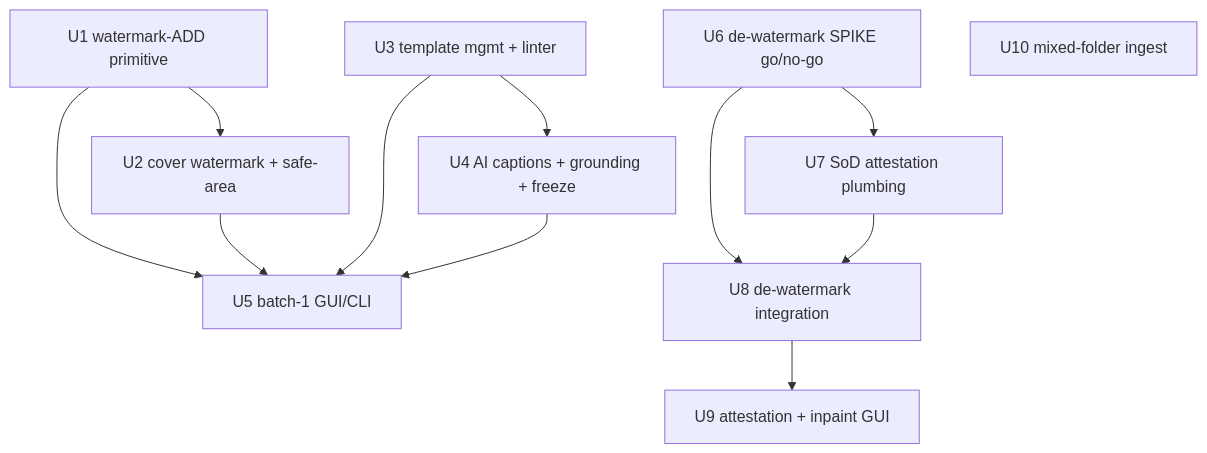
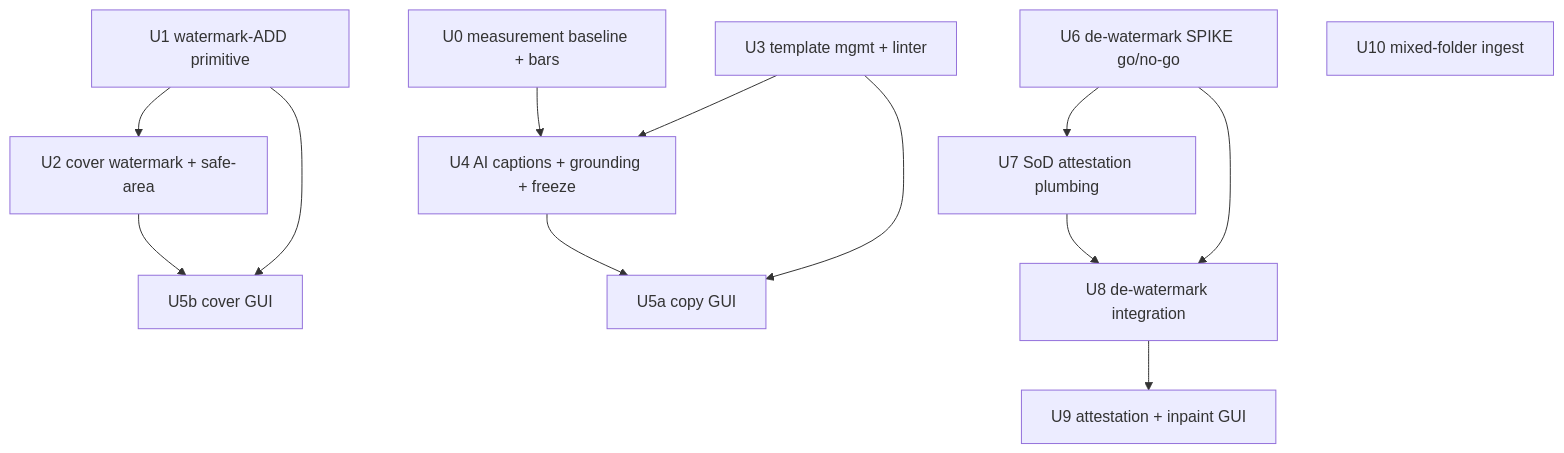
The second of 2 diagrams in docs/plans/2026-06-17-002-feat-content-pipeline-upgrade-plan.md (redredchen02-rgb/local-content-processor), drawn with Mermaid before and after one commit. The commit also changed other lines of this file, not shown here.

````diff
--- a/docs/plans/2026-06-17-002-feat-content-pipeline-upgrade-plan.md
+++ b/docs/plans/2026-06-17-002-feat-content-pipeline-upgrade-plan.md
@@ -135,14 +135,15 @@
 ```mermaid
 graph TB
+  U0[U0 measurement baseline + bars] --> U4
   U1[U1 watermark-ADD primitive] --> U2[U2 cover watermark + safe-area]
-  U1 --> U5[U5 batch-1 GUI/CLI]
+  U1 --> U5b[U5b cover GUI]
+  U2 --> U5b
   U3[U3 template mgmt + linter] --> U4[U4 AI captions + grounding + freeze]
-  U2 --> U5
-  U3 --> U5
-  U4 --> U5
+  U3 --> U5a[U5a copy GUI]
+  U4 --> U5a
   U6[U6 de-watermark SPIKE go/no-go] --> U7[U7 SoD attestation plumbing]
   U6 --> U8[U8 de-watermark integration]
   U7 --> U8
   U8 --> U9[U9 attestation + inpaint GUI]
   U10[U10 mixed-folder ingest]
 ```
````
